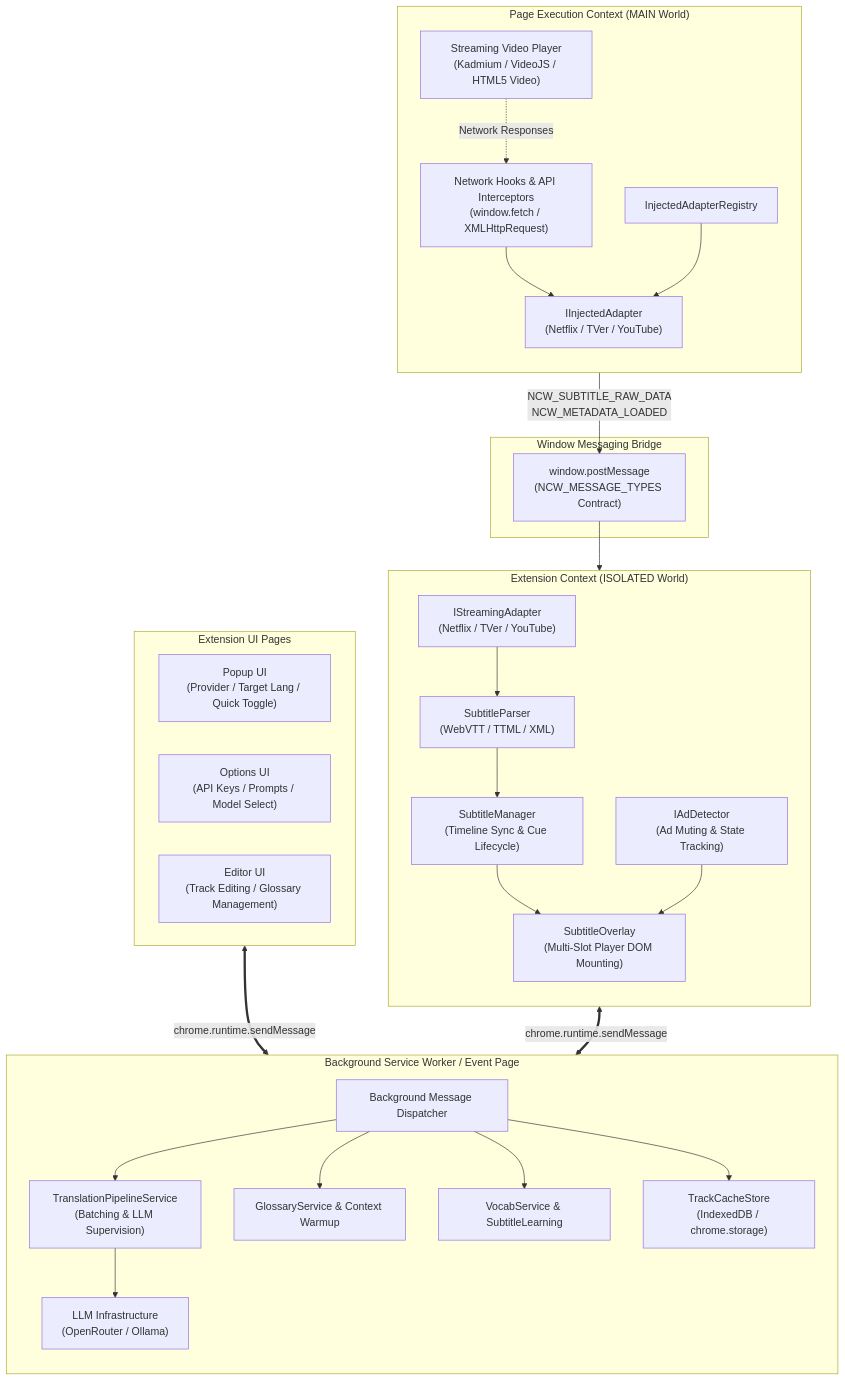
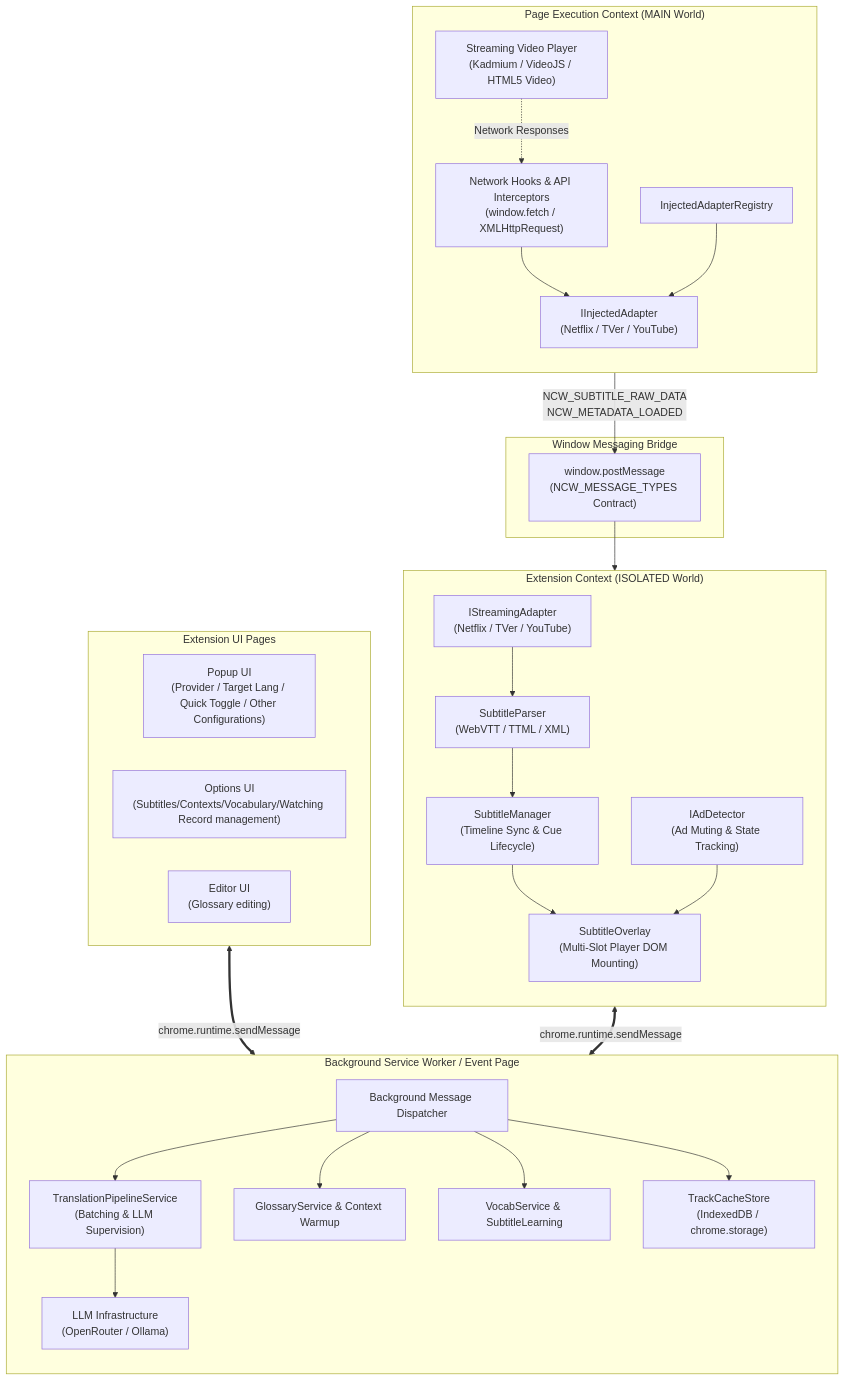
Before and after one commit to SFBB/cowatcher-extension-public: the first of 3 diagrams in Architecture.md, drawn with Mermaid. The commit also changed 1 other file, not shown here.

Commit message:
doc(architecture): Fix description to options, popups, and glossary editor.

````diff
--- a/Architecture.md
+++ b/Architecture.md
@@ -48,59 +48,59 @@
 ```mermaid
 flowchart TB
     subgraph WebPageContext["Page Execution Context (MAIN World)"]
         direction TB
         PagePlayer["Streaming Video Player\n(Kadmium / VideoJS / HTML5 Video)"]
         InjectedHooks["Network Hooks & API Interceptors\n(window.fetch / XMLHttpRequest)"]
         InjectedAdapter["IInjectedAdapter\n(Netflix / TVer / YouTube)"]
         InjectedAdapterRegistry["InjectedAdapterRegistry"]
     end
 
     subgraph WindowBridge["Window Messaging Bridge"]
         PostMessage["window.postMessage\n(NCW_MESSAGE_TYPES Contract)"]
     end
 
     subgraph ContentScriptContext["Extension Context (ISOLATED World)"]
         direction TB
         ContentAdapter["IStreamingAdapter\n(Netflix / TVer / YouTube)"]
         SubtitleParser["SubtitleParser\n(WebVTT / TTML / XML)"]
         SubtitleManager["SubtitleManager\n(Timeline Sync & Cue Lifecycle)"]
         AdDetector["IAdDetector\n(Ad Muting & State Tracking)"]
         SubtitleOverlay["SubtitleOverlay\n(Multi-Slot Player DOM Mounting)"]
     end
 
     subgraph BackgroundContext["Background Service Worker / Event Page"]
         direction TB
         Dispatcher["Background Message Dispatcher"]
         TranslationPipeline["TranslationPipelineService\n(Batching & LLM Supervision)"]
         LLMAdapters["LLM Infrastructure\n(OpenRouter / Ollama)"]
         GlossaryService["GlossaryService & Context Warmup"]
         VocabService["VocabService & SubtitleLearning"]
         CacheStorage["TrackCacheStore\n(IndexedDB / chrome.storage)"]
     end
 
     subgraph PresentationContext["Extension UI Pages"]
-        Popup["Popup UI\n(Provider / Target Lang / Quick Toggle)"]
-        Options["Options UI\n(API Keys / Prompts / Model Select)"]
-        Editor["Editor UI\n(Track Editing / Glossary Management)"]
+        Popup["Popup UI\n(Provider / Target Lang / Quick Toggle / Other Configurations)"]
+        Options["Options UI\n(Subtitles/Contexts/Vocabulary/Watching Record management)"]
+        Editor["Editor UI\n(Glossary editing)"]
     end
 
     PagePlayer -. Network Responses .-> InjectedHooks
     InjectedHooks --> InjectedAdapter
     InjectedAdapterRegistry --> InjectedAdapter
     InjectedAdapter -->|NCW_SUBTITLE_RAW_DATA\nNCW_METADATA_LOADED| PostMessage
     PostMessage --> ContentAdapter
 
     ContentAdapter --> SubtitleParser
     SubtitleParser --> SubtitleManager
     SubtitleManager --> SubtitleOverlay
     AdDetector --> SubtitleOverlay
 
     ContentScriptContext <==>|chrome.runtime.sendMessage| Dispatcher
     PresentationContext <==>|chrome.runtime.sendMessage| Dispatcher
 
     Dispatcher --> TranslationPipeline
     TranslationPipeline --> LLMAdapters
     Dispatcher --> GlossaryService
     Dispatcher --> VocabService
     Dispatcher --> CacheStorage
 ```
````
